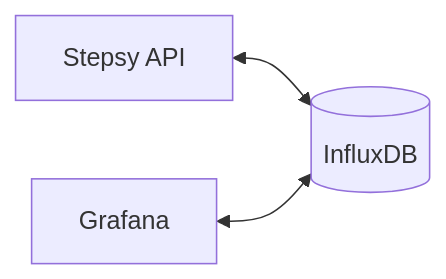
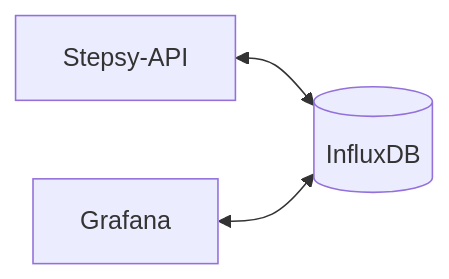
One commit to nikoswu/StepStack changed the fourth of 5 diagrams in README.md. Above: the diagram before and after it, drawn with Mermaid. The commit also changed other lines of this file, not shown here.

First line of the commit message:
Rename Stepsy to Stepsy-API in README

````diff
--- a/README.md
+++ b/README.md
@@ -204,5 +204,5 @@
 ```mermaid
 flowchart LR
-    A[Stepsy API] <--> B[(InfluxDB)]
+    A[Stepsy-API] <--> B[(InfluxDB)]
     C[Grafana] <--> B
 ```
````
